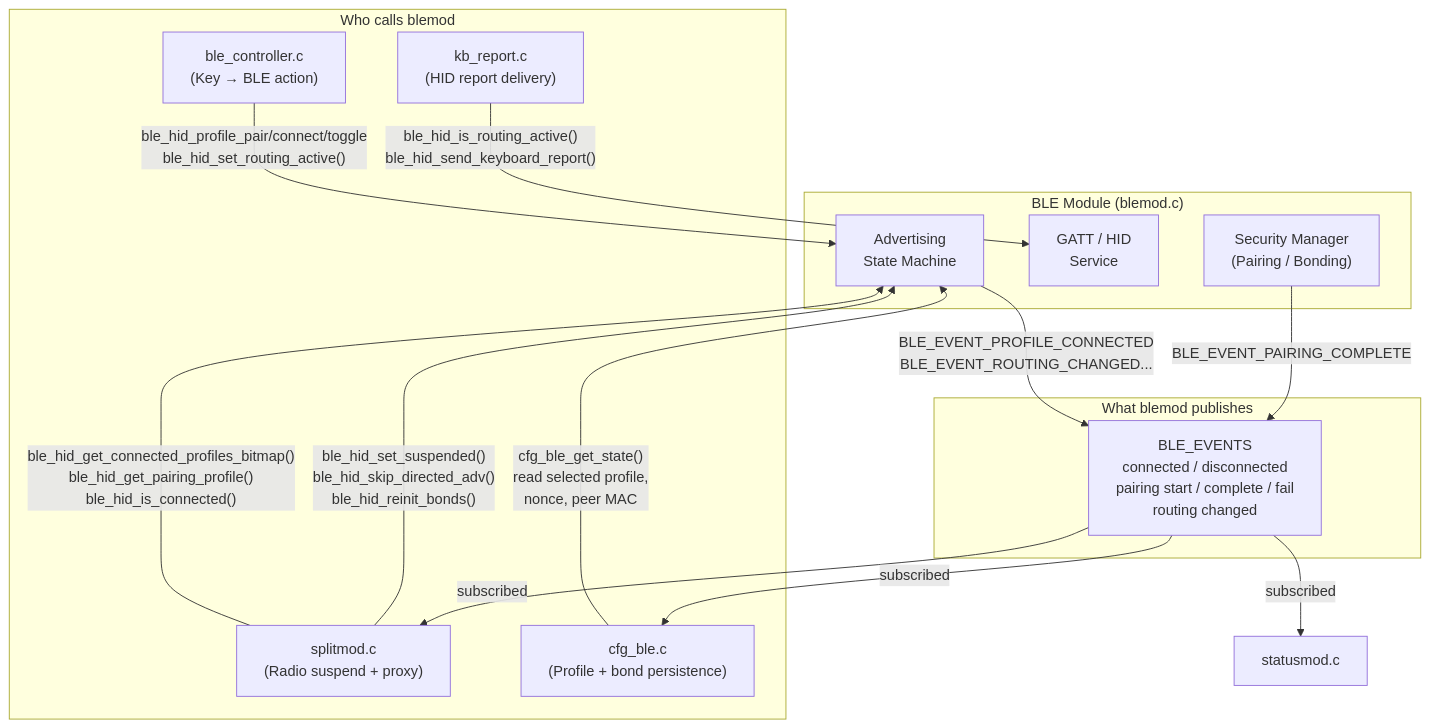
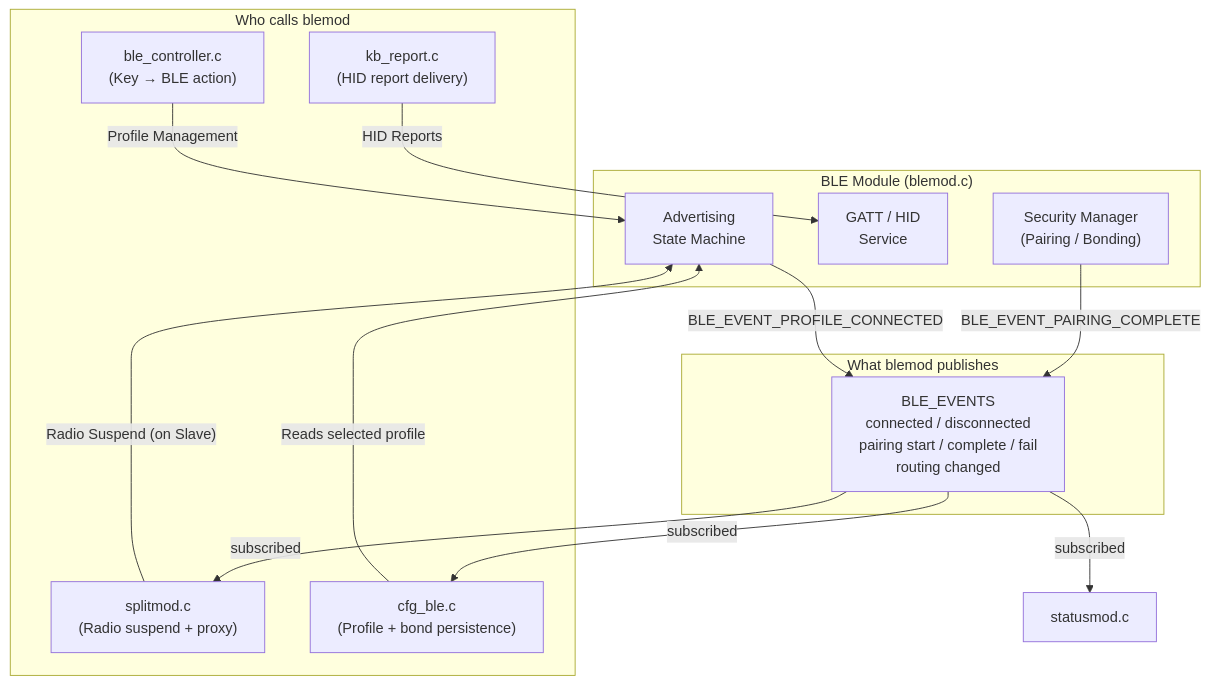
Before and after one commit to frentuka/Tecleados-ESP-Firmware: the diagram in universe/modules/BLE_MODULE.md, drawn with Mermaid. The commit also changed other lines of this file and 8 other files, not shown here.

````diff
--- a/universe/modules/BLE_MODULE.md
+++ b/universe/modules/BLE_MODULE.md
@@ -263,30 +19,29 @@
 ```mermaid
 graph TD
     subgraph blemod ["BLE Module (blemod.c)"]
         BLE_ADV["Advertising<br/>State Machine"]
         BLE_GATT["GATT / HID<br/>Service"]
         BLE_SM["Security Manager<br/>(Pairing / Bonding)"]
     end
 
     subgraph consumers ["Who calls blemod"]
         KB_REPORT["kb_report.c<br/>(HID report delivery)"]
         BLE_CTRL["ble_controller.c<br/>(Key → BLE action)"]
         SPLIT["splitmod.c<br/>(Radio suspend + proxy)"]
         CFG_BLE["cfg_ble.c<br/>(Profile + bond persistence)"]
     end
 
     subgraph events ["What blemod publishes"]
         EV["BLE_EVENTS<br/>connected / disconnected<br/>pairing start / complete / fail<br/>routing changed"]
     end
 
-    KB_REPORT -- "ble_hid_is_routing_active()<br/>ble_hid_send_keyboard_report()" --> BLE_GATT
-    BLE_CTRL -- "ble_hid_profile_pair/connect/toggle<br/>ble_hid_set_routing_active()" --> BLE_ADV
-    SPLIT -- "ble_hid_set_suspended()<br/>ble_hid_skip_directed_adv()<br/>ble_hid_reinit_bonds()" --> BLE_ADV
-    SPLIT -- "ble_hid_get_connected_profiles_bitmap()<br/>ble_hid_get_pairing_profile()<br/>ble_hid_is_connected()" --> BLE_ADV
-    CFG_BLE -- "cfg_ble_get_state()<br/>read selected profile,<br/>nonce, peer MAC" --> BLE_ADV
+    KB_REPORT -- "HID Reports" --> BLE_GATT
+    BLE_CTRL -- "Profile Management" --> BLE_ADV
+    SPLIT -- "Radio Suspend (on Slave)" --> BLE_ADV
+    CFG_BLE -- "Reads selected profile" --> BLE_ADV
     BLE_SM -- "BLE_EVENT_PAIRING_COMPLETE" --> EV
-    BLE_ADV -- "BLE_EVENT_PROFILE_CONNECTED<br/>BLE_EVENT_ROUTING_CHANGED..." --> EV
+    BLE_ADV -- "BLE_EVENT_PROFILE_CONNECTED" --> EV
     EV -- "subscribed" --> CFG_BLE
     EV -- "subscribed" --> STATUS["statusmod.c"]
     EV -- "subscribed" --> SPLIT
 ```
````
